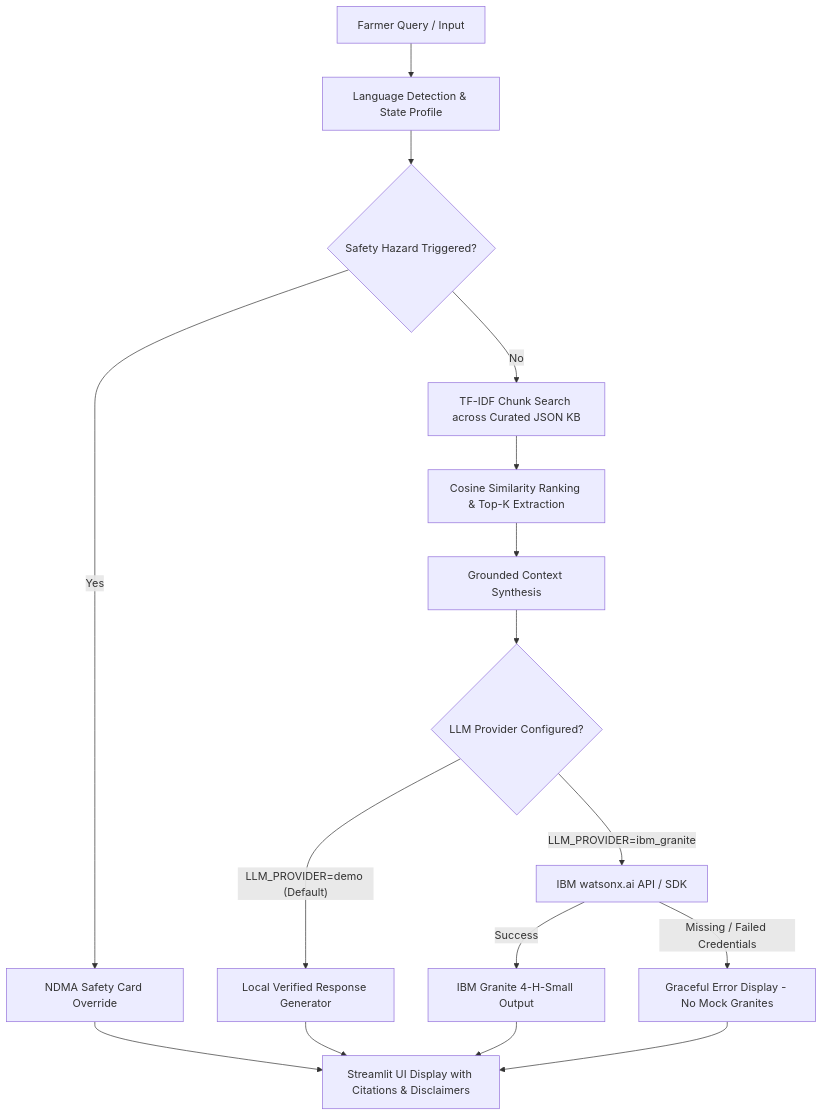
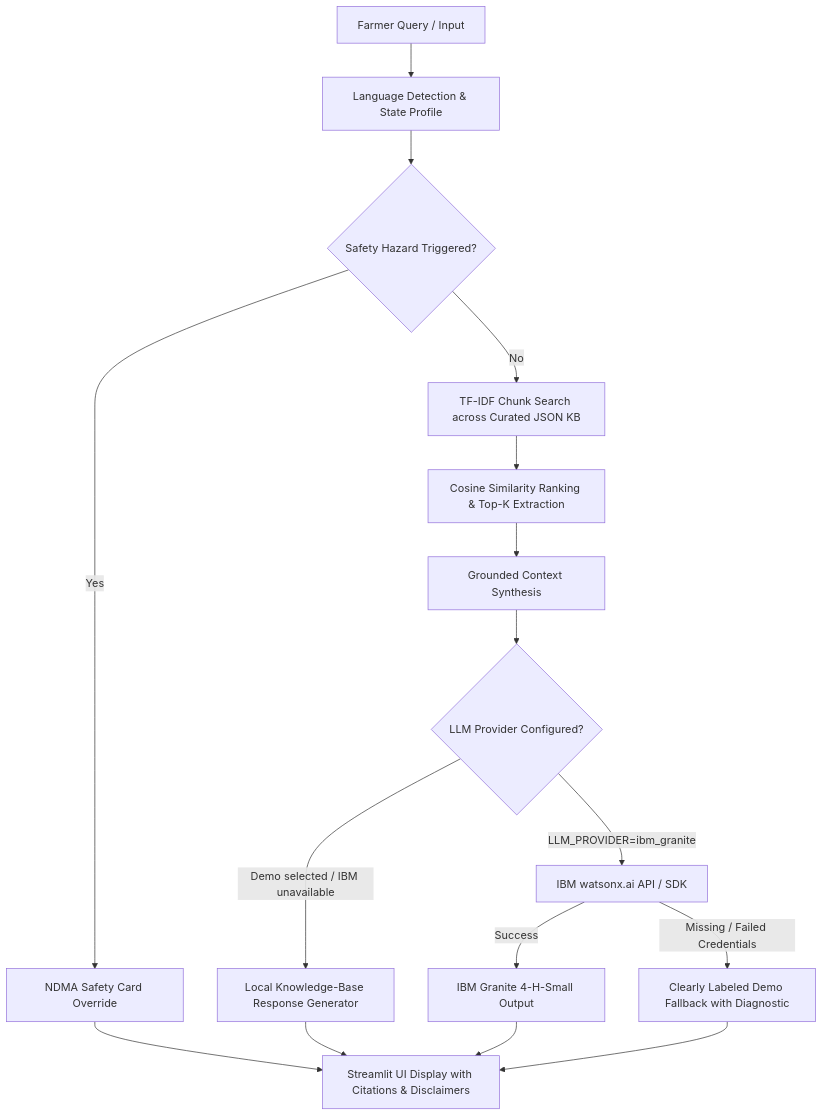
The diagram in README.md (syeedarshad/Smart-Farming-AI-Agent), drawn with Mermaid before and after one commit. The commit also changed other lines of this file, not shown here.

Commit message:
docs: update README with live deployment and verified IBM Granite integration

````diff
--- a/README.md
+++ b/README.md
@@ -198,18 +206,18 @@
 ```mermaid
 flowchart TD
     A[Farmer Query / Input] --> B[Language Detection & State Profile]
     B --> C{Safety Hazard Triggered?}
     C -- Yes --> D[NDMA Safety Card Override]
     C -- No --> E[TF-IDF Chunk Search across Curated JSON KB]
     E --> F[Cosine Similarity Ranking & Top-K Extraction]
     F --> G[Grounded Context Synthesis]
     G --> H{LLM Provider Configured?}
-    H -- "LLM_PROVIDER=demo (Default)" --> I[Local Verified Response Generator]
+    H -- "Demo selected / IBM unavailable" --> I[Local Knowledge-Base Response Generator]
     H -- "LLM_PROVIDER=ibm_granite" --> J[IBM watsonx.ai API / SDK]
     J -- Success --> K[IBM Granite 4-H-Small Output]
-    J -- Missing / Failed Credentials --> L[Graceful Error Display - No Mock Granites]
+    J -- Missing / Failed Credentials --> L[Clearly Labeled Demo Fallback with Diagnostic]
     I --> M[Streamlit UI Display with Citations & Disclaimers]
     K --> M
     D --> M
     L --> M
 ```
````
